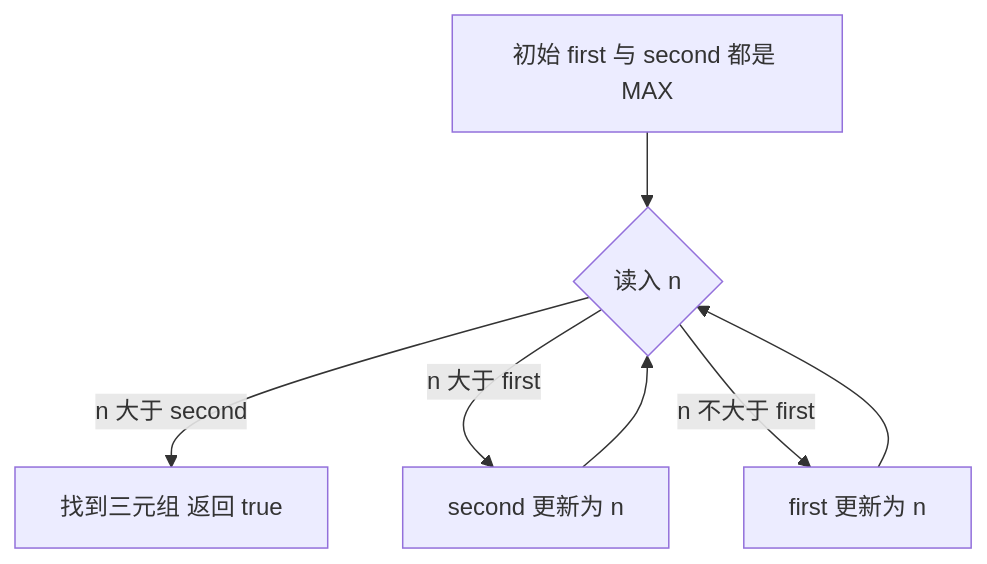
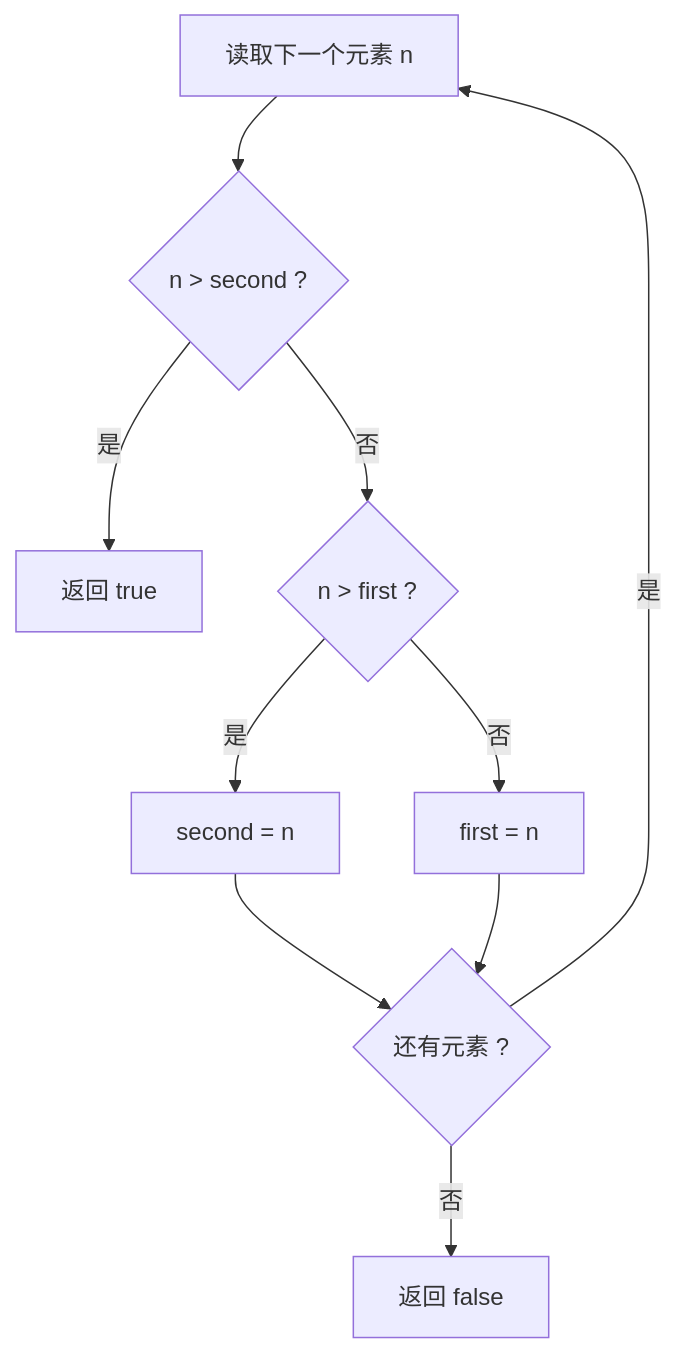
One commit to delight-rs/rust-algorithm changed the diagram in src/arrary/increasing_triplet_subsequence.md. Above: the diagram before and after it, drawn with Mermaid. The commit also changed other lines of this file and 3 other files, not shown here.

````diff
--- a/src/arrary/increasing_triplet_subsequence.md
+++ b/src/arrary/increasing_triplet_subsequence.md
@@ -114,9 +94,12 @@
 ```mermaid
 flowchart TD
-    A[初始 first 与 second 都是 MAX] --> B{读入 n}
-    B -->|n 大于 second| C[找到三元组 返回 true]
-    B -->|n 大于 first| D[second 更新为 n]
-    B -->|n 不大于 first| E[first 更新为 n]
-    D --> B
-    E --> B
+    A["读取下一个元素 n"] --> B{"n > second ?"}
+    B -- 是 --> C["返回 true"]
+    B -- 否 --> D{"n > first ?"}
+    D -- 是 --> E["second = n"]
+    D -- 否 --> F["first = n"]
+    E --> G{"还有元素 ?"}
+    F --> G
+    G -- 是 --> A
+    G -- 否 --> H["返回 false"]
 ```
````
